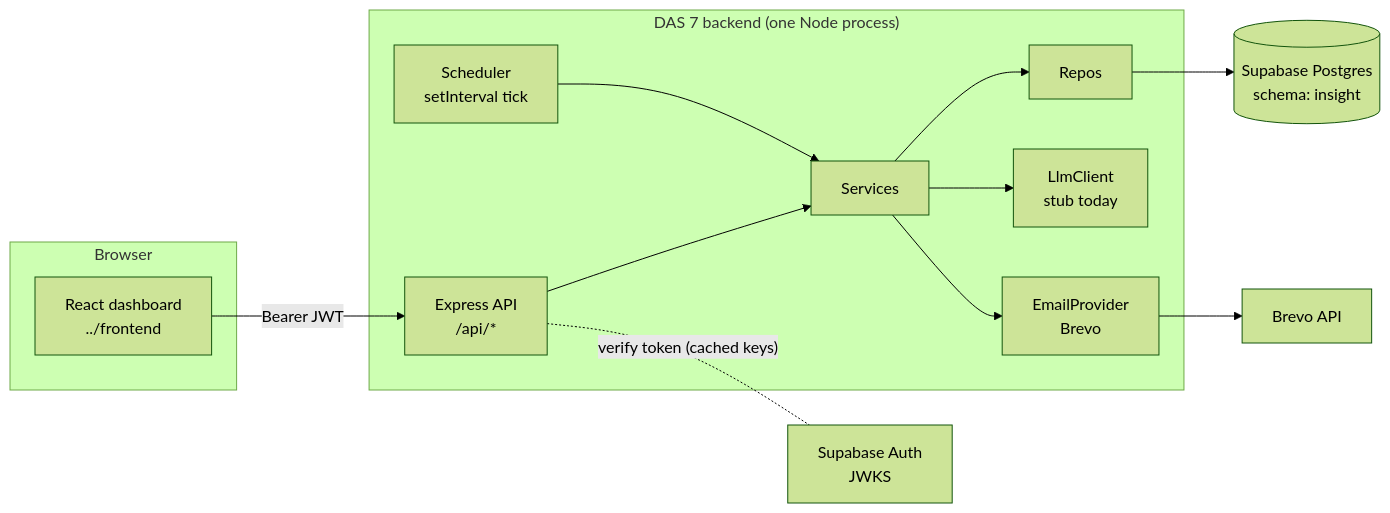
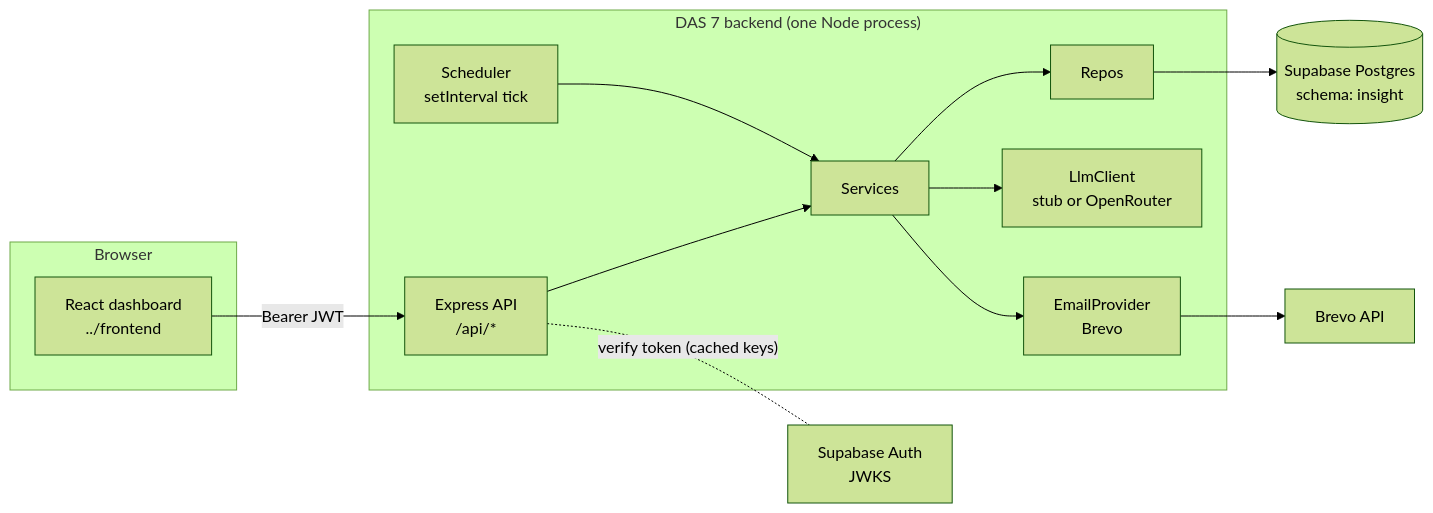
The first of 2 diagrams in DAS_7/backend/docs/ARCHITECTURE.md (Bwooonggg/ESC-C2T5), drawn with Mermaid (forest theme) before and after one commit. The commit also changed other lines of this file and 4 other files, not shown here.

Commit message:
feat(DAS7 backend): implemented OpenRouter adapter

````diff
--- a/DAS_7/backend/docs/ARCHITECTURE.md
+++ b/DAS_7/backend/docs/ARCHITECTURE.md
@@ -42,27 +42,27 @@
 ```mermaid
 flowchart LR
     subgraph Browser
         FE[React dashboard\n../frontend]
     end
     subgraph Backend["DAS 7 backend (one Node process)"]
         API[Express API\n/api/*]
         SCHED[Scheduler\nsetInterval tick]
         SVC[Services]
         REPOS[Repos]
-        LLM[LlmClient\nstub today]
+        LLM[LlmClient\nstub or OpenRouter]
         MAIL[EmailProvider\nBrevo]
     end
     DB[(Supabase Postgres\nschema: insight)]
     AUTH[Supabase Auth\nJWKS]
     BREVO[Brevo API]
 
     FE -- "Bearer JWT" --> API
     API --> SVC
     SCHED --> SVC
     SVC --> REPOS
     SVC --> LLM
     SVC --> MAIL
     REPOS --> DB
     API -. "verify token (cached keys)" .- AUTH
     MAIL --> BREVO
 ```
````
